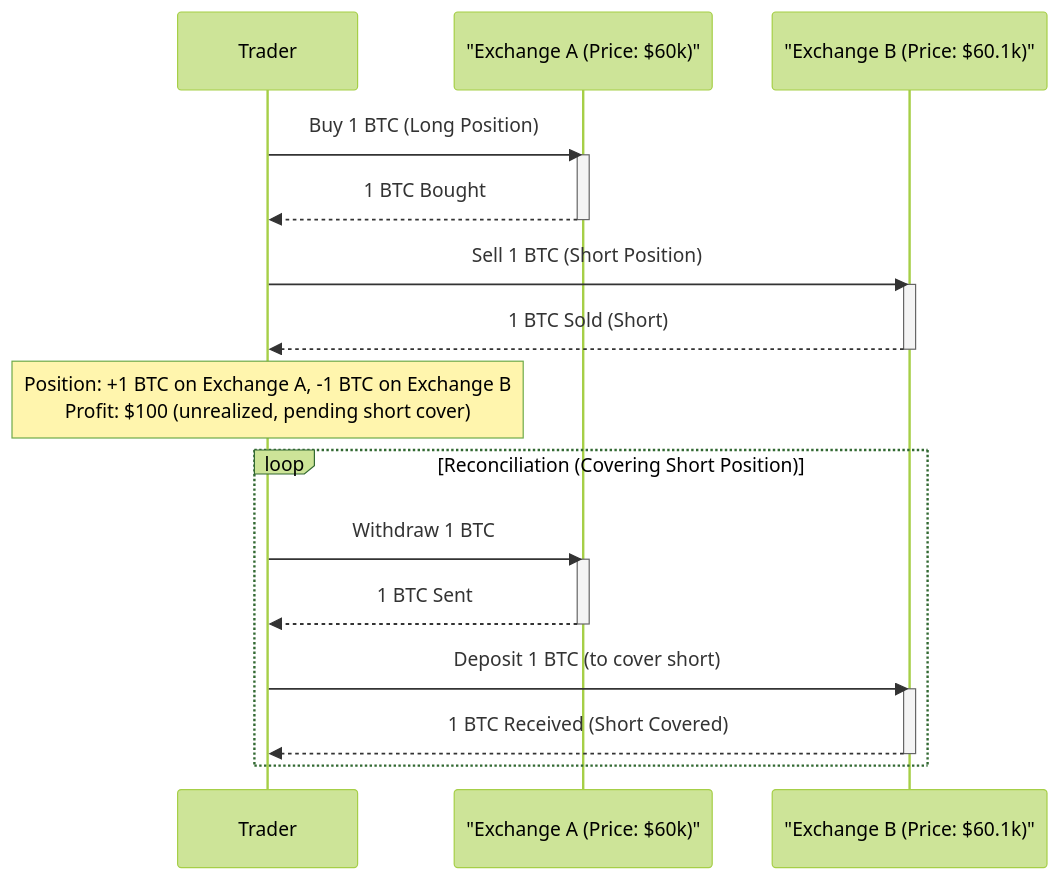
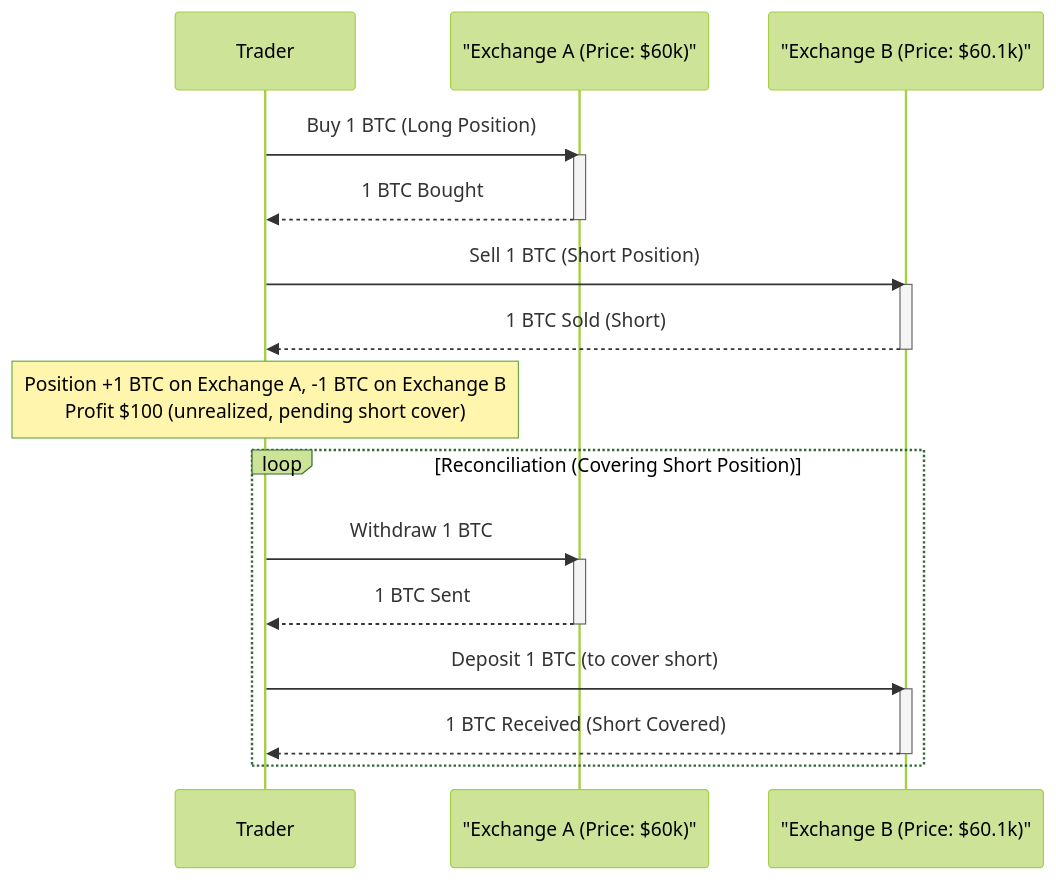
The first of 5 diagrams in content/articles/arbitrage.md (yongkangc/portfolio), drawn with Mermaid (forest theme) before and after one commit. The commit also changed other lines of this file and 18 other files, not shown here.

````diff
--- a/content/articles/arbitrage.md
+++ b/content/articles/arbitrage.md
@@ -98,30 +97,30 @@
 ```mermaid
 sequenceDiagram
     participant Trader
     participant A as "Exchange A (Price: $60k)"
     participant B as "Exchange B (Price: $60.1k)"
 
     Trader->>A: Buy 1 BTC (Long Position)
     activate A
     A-->>Trader: 1 BTC Bought
     deactivate A
 
     Trader->>B: Sell 1 BTC (Short Position)
     activate B
     B-->>Trader: 1 BTC Sold (Short)
     deactivate B
 
-    Note over Trader: Position: +1 BTC on Exchange A, -1 BTC on Exchange B<br/>Profit: $100 (unrealized, pending short cover)
+    Note over Trader: Position +1 BTC on Exchange A, -1 BTC on Exchange B<br/>Profit $100 (unrealized, pending short cover)
 
     loop Reconciliation (Covering Short Position)
         Trader->>A: Withdraw 1 BTC
         activate A
         A-->>Trader: 1 BTC Sent
         deactivate A
 
         Trader->>B: Deposit 1 BTC (to cover short)
         activate B
         B-->>Trader: 1 BTC Received (Short Covered)
         deactivate B
     end
 ```
````
